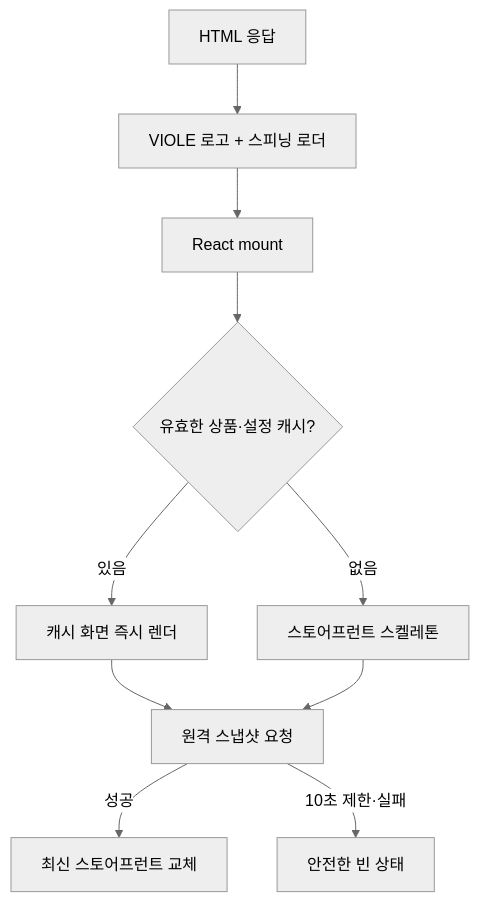
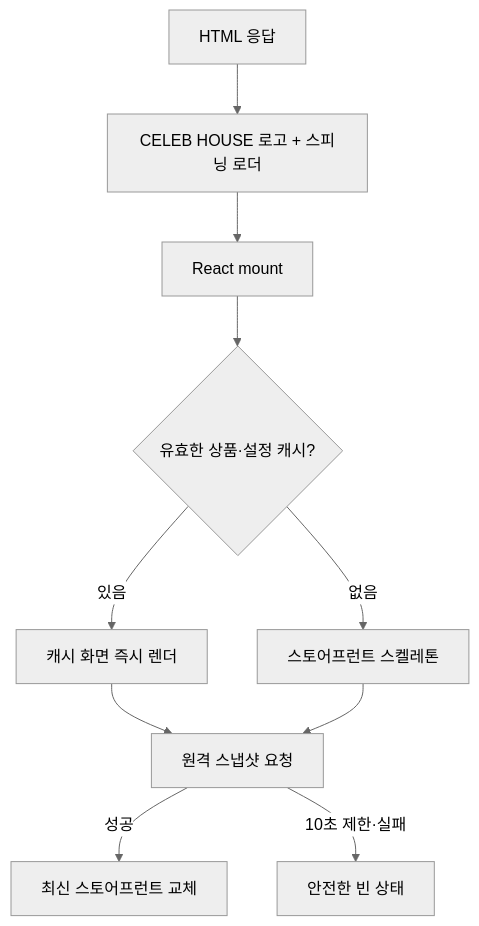
The seventh of 14 diagrams in README.md (hwangsanghan0519/blog), drawn with Mermaid (neutral theme) before and after one commit. The commit also changed other lines of this file and 32 other files, not shown here.

````diff
--- a/README.md
+++ b/README.md
@@ -234,12 +234,12 @@
 ```mermaid
 flowchart TD
-  A[HTML 응답] --> A1[VIOLE 로고 + 스피닝 로더]
+  A[HTML 응답] --> A1[CELEB HOUSE 로고 + 스피닝 로더]
   A1 --> A2[React mount]
   A2 --> B{유효한 상품·설정 캐시?}
   B -->|있음| C[캐시 화면 즉시 렌더]
   B -->|없음| D[스토어프런트 스켈레톤]
   C --> E[원격 스냅샷 요청]
   D --> E
   E -->|성공| F[최신 스토어프런트 교체]
   E -->|10초 제한·실패| G[안전한 빈 상태]
 ```
````
